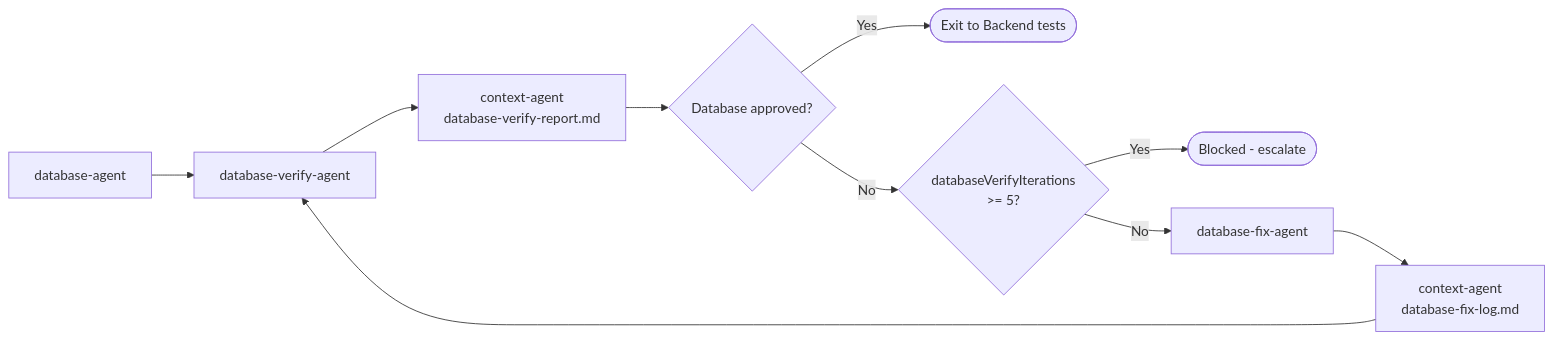
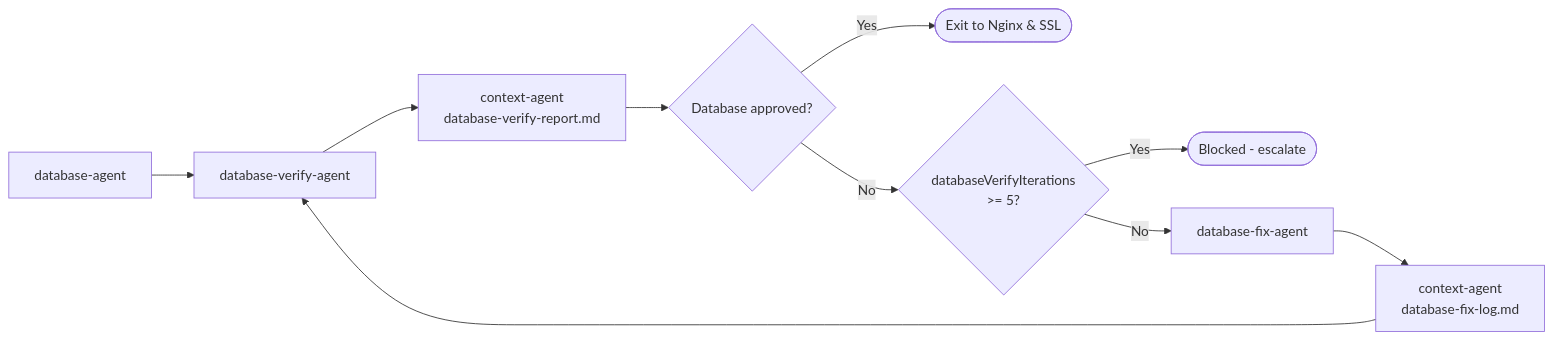
The sixth of 16 diagrams in .cursor/agents/ARCHITECTURE.md (priyam-qo-box/agents), drawn with Mermaid before and after one commit. The commit also changed other lines of this file and 58 other files, not shown here.

First line of the commit message:
Enhance README and agent documentation for Nginx & SSL integration

````diff
--- a/.cursor/agents/ARCHITECTURE.md
+++ b/.cursor/agents/ARCHITECTURE.md
@@ -358,12 +380,12 @@
 ```mermaid
 flowchart LR
     G[database-agent] --> A[database-verify-agent]
     A --> B["context-agent<br/>database-verify-report.md"]
     B --> C{"Database approved?"}
-    C -->|Yes| Exit([Exit to Backend tests])
+    C -->|Yes| Exit([Exit to Nginx & SSL])
     C -->|No| D{databaseVerifyIterations<br/>>= 5?}
     D -->|Yes| Stop([Blocked - escalate])
     D -->|No| E[database-fix-agent]
     E --> F["context-agent<br/>database-fix-log.md"]
     F --> A
 ```
````
